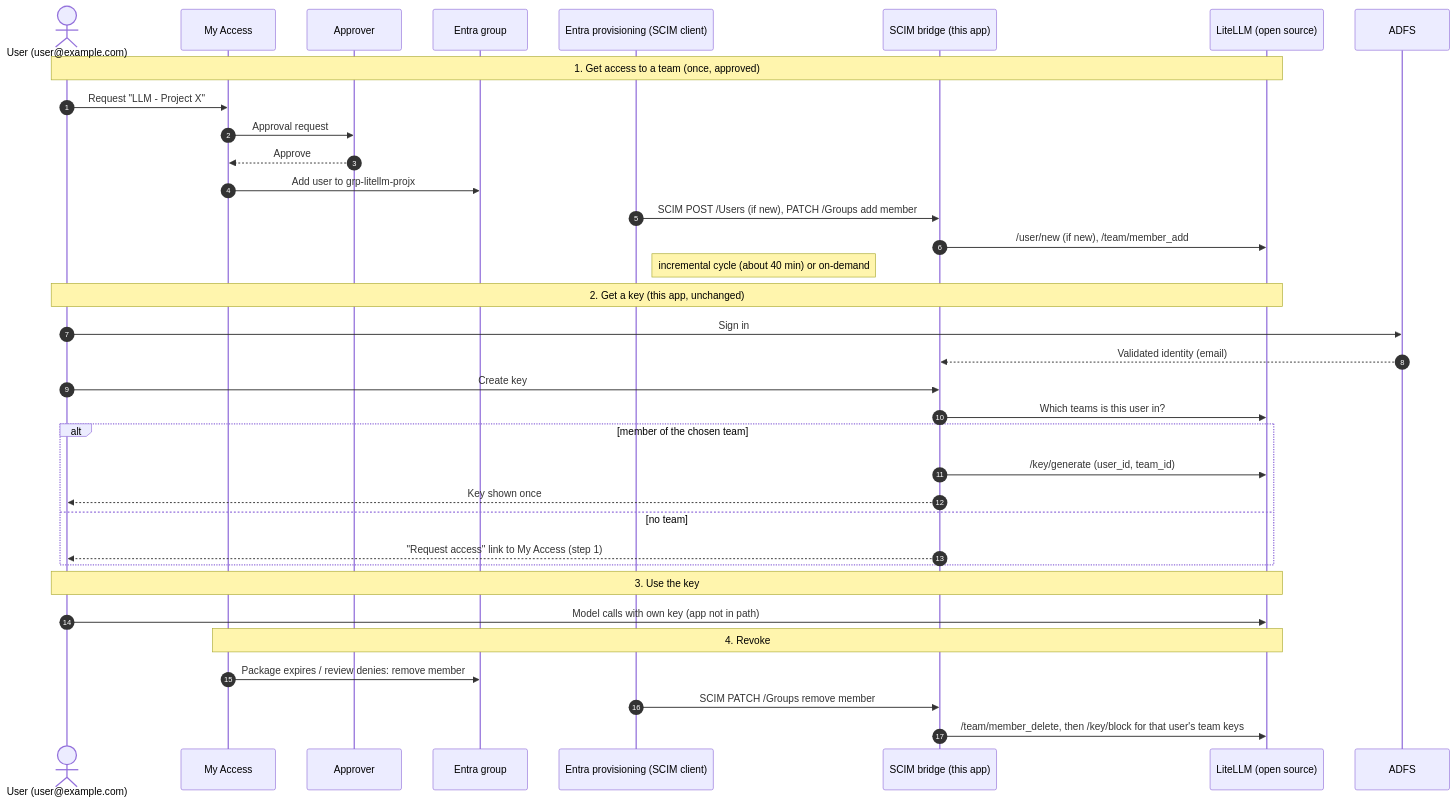
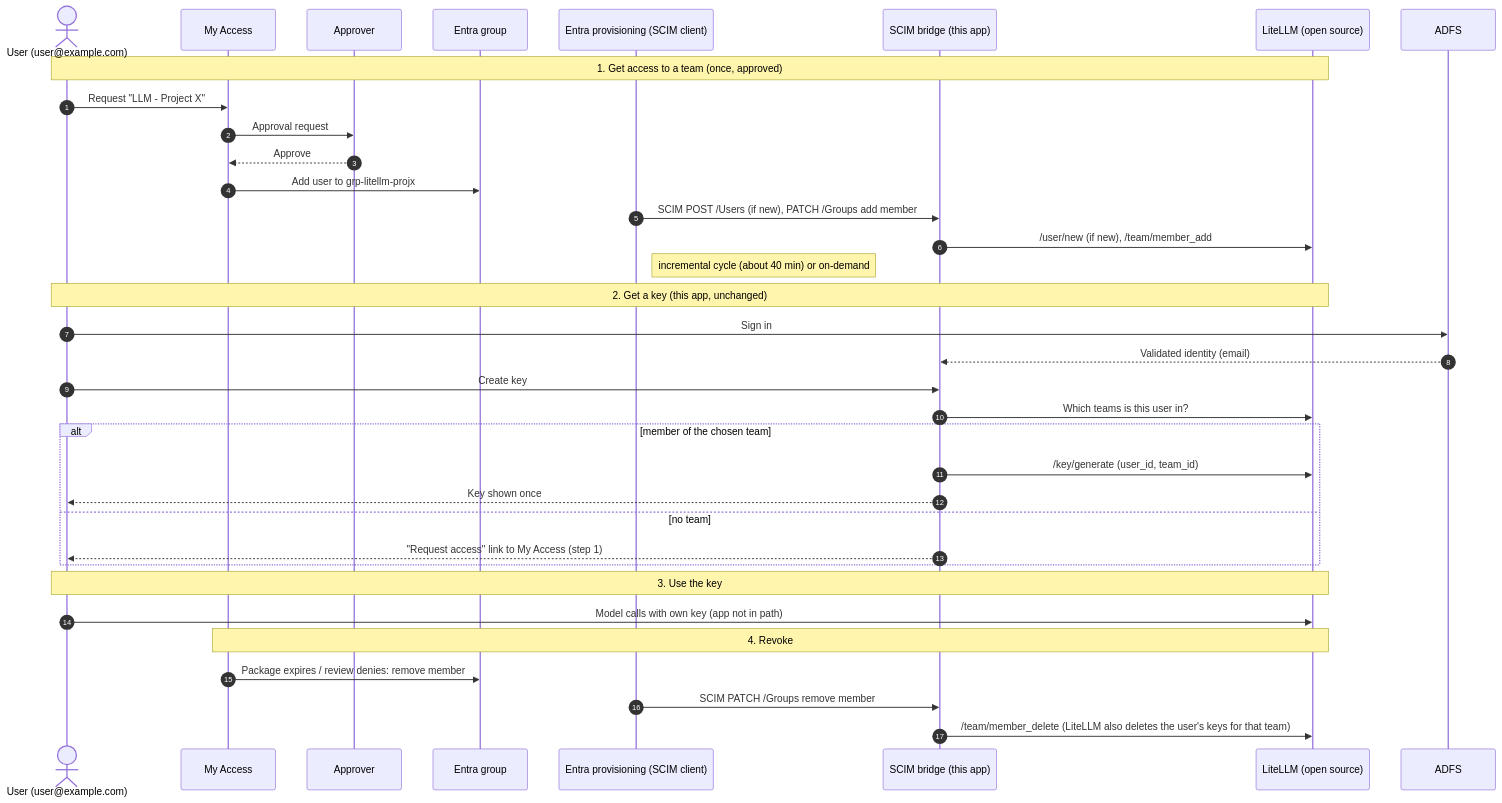
Before and after one commit to garland3/signup-app: the diagram in docs/2026-10-08-entra-access-packages-scim-design.md, drawn with Mermaid. The commit also changed other lines of this file and 4 other files, not shown here.

First line of the commit message:
Verify the teams and SCIM design against open-source LiteLLM

````diff
--- a/docs/2026-10-08-entra-access-packages-scim-design.md
+++ b/docs/2026-10-08-entra-access-packages-scim-design.md
@@ -72,41 +74,41 @@
 ```mermaid
 sequenceDiagram
     autonumber
     actor U as User (user@example.com)
     participant MA as My Access
     participant AP as Approver
     participant EG as Entra group
     participant PS as Entra provisioning (SCIM client)
     participant BR as SCIM bridge (this app)
     participant LL as LiteLLM (open source)
     participant ADFS as ADFS
 
     Note over U,LL: 1. Get access to a team (once, approved)
     U->>MA: Request "LLM - Project X"
     MA->>AP: Approval request
     AP-->>MA: Approve
     MA->>EG: Add user to grp-litellm-projx
     PS->>BR: SCIM POST /Users (if new), PATCH /Groups add member
     BR->>LL: /user/new (if new), /team/member_add
     Note right of PS: incremental cycle (about 40 min) or on-demand
 
     Note over U,LL: 2. Get a key (this app, unchanged)
     U->>ADFS: Sign in
     ADFS-->>BR: Validated identity (email)
     U->>BR: Create key
     BR->>LL: Which teams is this user in?
     alt member of the chosen team
         BR->>LL: /key/generate (user_id, team_id)
         BR-->>U: Key shown once
     else no team
         BR-->>U: "Request access" link to My Access (step 1)
     end
 
     Note over U,LL: 3. Use the key
     U->>LL: Model calls with own key (app not in path)
 
     Note over MA,LL: 4. Revoke
     MA->>EG: Package expires / review denies: remove member
     PS->>BR: SCIM PATCH /Groups remove member
-    BR->>LL: /team/member_delete, then /key/block for that user's team keys
+    BR->>LL: /team/member_delete (LiteLLM also deletes the user's keys for that team)
 ```
````
